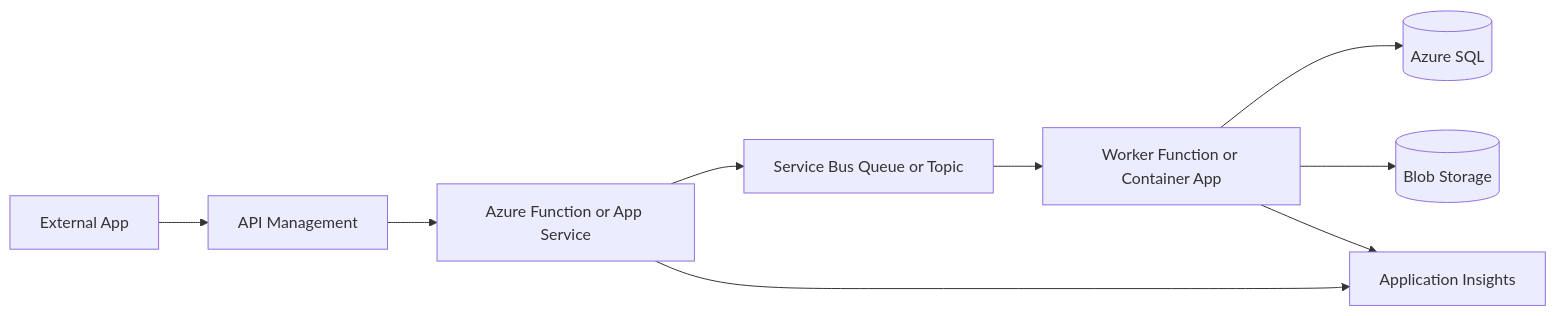
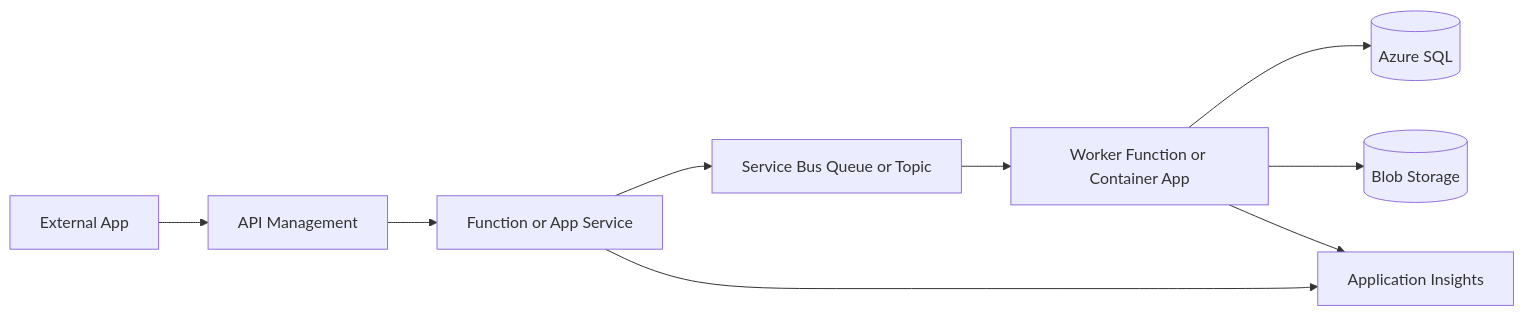
One commit to brunsdon/azure-services-cheat-sheet changed the diagram in README.md. Above: the diagram before and after it, drawn with Mermaid. The commit also changed other lines of this file and 28 other files, not shown here.

````diff
--- a/README.md
+++ b/README.md
@@ -130,11 +101,11 @@
 ```mermaid
 flowchart LR
     external[External App] --> apim[API Management]
-    apim --> compute[Azure Function or App Service]
-    compute --> bus[Service Bus Queue or Topic]
+    apim --> api[Function or App Service]
+    api --> bus[Service Bus Queue or Topic]
     bus --> worker[Worker Function or Container App]
     worker --> sql[(Azure SQL)]
     worker --> blob[(Blob Storage)]
-    compute --> insights[Application Insights]
+    api --> insights[Application Insights]
     worker --> insights
 ```
````
